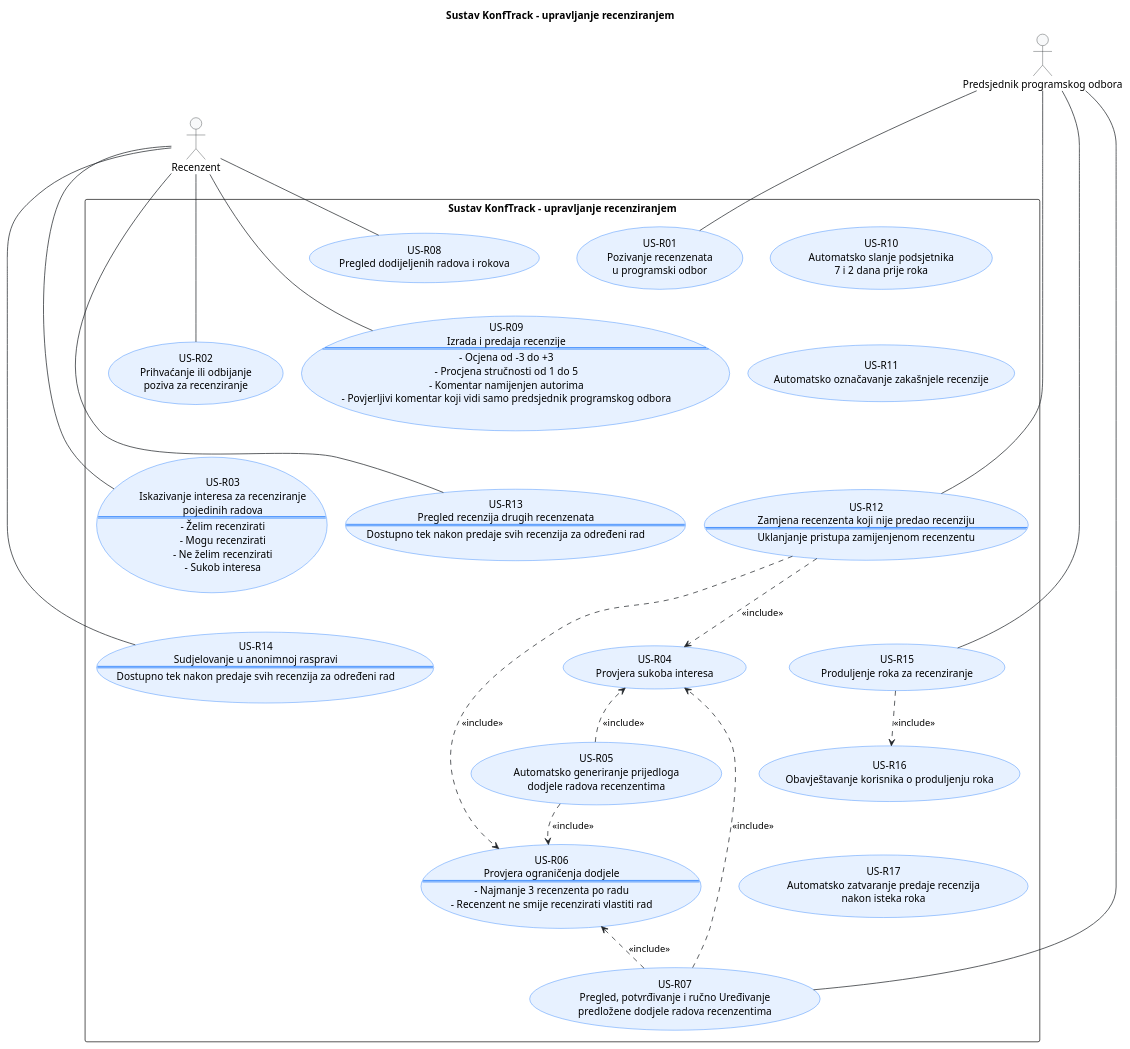
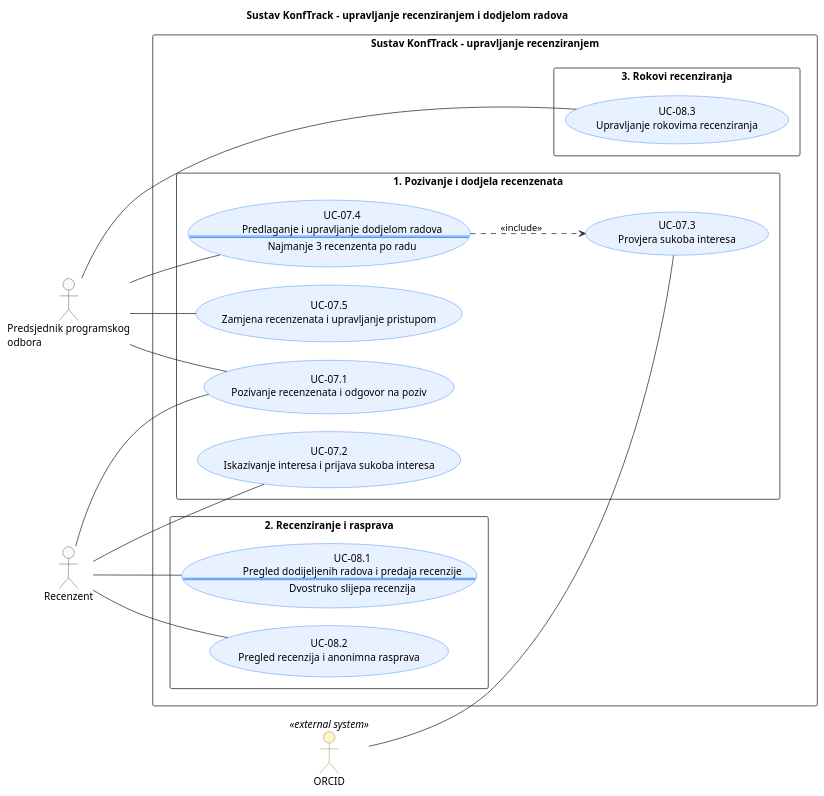
The diagram in docs/puml/3-2-konftrack-recenziranje-UC.puml (antoniopasa/KonfTrack_novi), drawn with PlantUML before and after one commit. The commit also changed other lines of this file, not shown here.

Commit message:
Revise use case diagram for review management

```diff
--- a/docs/puml/3-2-konftrack-recenziranje-UC.puml
+++ b/docs/puml/3-2-konftrack-recenziranje-UC.puml
@@ -16,131 +18,111 @@
 @startuml
-title Sustav KonfTrack – upravljanje recenziranjem
-
-top to bottom direction
+title Sustav KonfTrack – upravljanje recenziranjem i dodjelom radova
+left to right direction
 
 skinparam shadowing false
 skinparam defaultFontName Arial
 skinparam ArrowColor #212529
 skinparam nodesep 25
-skinparam ranksep 35
+skinparam ranksep 30
+skinparam packageStyle rectangle
 
 skinparam actor {
     BackgroundColor #F8F9FA
     BorderColor #212529
+    BackgroundColor<<external system>> #FFF3CD
+    BorderColor<<external system>> #856404
 }
 
 skinparam usecase {
     BackgroundColor #E7F1FF
     BorderColor #0D6EFD
 }
 
 ' ==============================================================================
 ' Primarni akteri
 ' ==============================================================================
 
-actor Chair as "Predsjednik programskog odbora"
+actor Chair as "Predsjednik programskog\nodbora"
 actor Reviewer as "Recenzent"
 
-' Pomoćna veza za okomiti raspored aktera
-Chair -[hidden]down-> Reviewer
+' ==============================================================================
+' Sekundarni akteri (vanjski sustavi)
+' ==============================================================================
+
+actor ORCID as "ORCID" <<external system>>
 
 ' ==============================================================================
 ' Granica sustava
 ' ==============================================================================
 
 rectangle "Sustav KonfTrack – upravljanje recenziranjem" {
 
-    ' Pozivanje recenzenata i iskazivanje interesa
+    package "1. Pozivanje i dodjela recenzenata" {
+        (UC-07.1\nPozivanje recenzenata i odgovor na poziv) as UC_071
 
-    (US-R01\nPozivanje recenzenata\nu programski odbor) as US_R01
+        (UC-07.2\nIskazivanje interesa i prijava sukoba interesa) as UC_072
 
-    (US-R02\nPrihvaćanje ili odbijanje\npoziva za recenziranje) as US_R02
+        (UC-07.3\nProvjera sukoba interesa) as UC_073
 
-    (US-R03\nIskazivanje interesa za recenziranje\npojedinih radova\n==\n- Želim recenzirati\n- Mogu recenzirati\n- Ne želim recenzirati\n- Sukob interesa) as US_R03
+        (UC-07.4\nPredlaganje i upravljanje dodjelom radova\n==\nNajmanje 3 recenzenta po radu) as UC_074
 
-    ' Dodjela radova recenzentima
+        (UC-07.5\nZamjena recenzenata i upravljanje pristupom) as UC_075
+    }
 
-    (US-R04\nProvjera sukoba interesa) as US_R04
+    package "2. Recenziranje i rasprava" {
+        (UC-08.1\nPregled dodijeljenih radova i predaja recenzije\n==\nDvostruko slijepa recenzija) as UC_081
 
-    (US-R05\nAutomatsko generiranje prijedloga\ndodjele radova recenzentima) as US_R05
+        (UC-08.2\nPregled recenzija i anonimna rasprava) as UC_082
+    }
 
-    (US-R06\nProvjera ograničenja dodjele\n==\n- Najmanje 3 recenzenta po radu\n- Recenzent ne smije recenzirati vlastiti rad) as US_R06
+    package "3. Rokovi recenziranja" {
+        (UC-08.3\nUpravljanje rokovima recenziranja) as UC_083
+    }
 
-    (US-R07\nPregled, potvrđivanje i ručno Uređivanje\npredložene dodjele radova recenzentima) as US_R07
-
-    ' Recenziranje radova
-
-    (US-R08\nPregled dodijeljenih radova i rokova) as US_R08
-
-    (US-R09\nIzrada i predaja recenzije\n==\n- Ocjena od -3 do +3\n- Procjena stručnosti od 1 do 5\n- Komentar namijenjen autorima\n- Povjerljivi komentar koji vidi samo predsjednik programskog odbora) as US_R09
-
-    (US-R13\nPregled recenzija drugih recenzenata\n==\nDostupno tek nakon predaje svih recenzija za određeni rad) as US_R13
-
-    (US-R14\nSudjelovanje u anonimnoj raspravi\n==\nDostupno tek nakon predaje svih recenzija za određeni rad) as US_R14
-
-    ' Upravljanje rokovima i zamjenama
-
-    (US-R10\nAutomatsko slanje podsjetnika\n7 i 2 dana prije roka) as US_R10
-
-    (US-R11\nAutomatsko označavanje zakašnjele recenzije) as US_R11
-
-    (US-R12\nZamjena recenzenta koji nije predao recenziju\n==\nUklanjanje pristupa zamijenjenom recenzentu) as US_R12
-
-    (US-R15\nProduljenje roka za recenziranje) as US_R15
-
-    (US-R16\nObavještavanje korisnika o produljenju roka) as US_R16
-
-    (US-R17\nAutomatsko zatvaranje predaje recenzija\nnakon isteka roka) as US_R17
-
-    ' Pomoćni raspored slučajeva uporabe
-
-    US_R01 -[hidden]down-> US_R02
-    US_R02 -[hidden]down-> US_R03
-
-    US_R04 -[hidden]down-> US_R05
-    US_R05 -[hidden]down-> US_R06
-    US_R06 -[hidden]down-> US_R07
-
-    US_R08 -[hidden]down-> US_R09
-    US_R09 -[hidden]down-> US_R13
-    US_R13 -[hidden]down-> US_R14
-
-    US_R10 -[hidden]down-> US_R11
-    US_R11 -[hidden]down-> US_R12
-    US_R12 -[hidden]down-> US_R15
-    US_R15 -[hidden]down-> US_R16
-    US_R16 -[hidden]down-> US_R17
+    ' Raspored slučajeva uporabe u dva stupca
+    UC_071 -[hidden]right- UC_081
+    UC_072 -[hidden]right- UC_082
+    UC_073 -[hidden]right- UC_083
 }
 
 ' ==============================================================================
 ' Asocijacije aktera i slučajeva uporabe
 ' ==============================================================================
 
-Chair -- US_R01
-Chair -- US_R07
-Chair -- US_R12
-Chair -- US_R15
+' Predsjednik programskog odbora upravlja pozivima, dodjelom i rokovima.
+Chair -- UC_071
+Chair -- UC_074
+Chair -- UC_075
+Chair -- UC_083
 
-Reviewer -- US_R02
-Reviewer -- US_R03
-Reviewer -- US_R08
-Reviewer -- US_R09
-Reviewer -- US_R13
-Reviewer -- US_R14
+' Recenzent sudjeluje u pozivima, iskazuje interes i recenzira radove.
+Reviewer -- UC_071
+Reviewer -- UC_072
+Reviewer -- UC_081
+Reviewer -- UC_082
+
+' ORCID omogućuje automatsku provjeru sukoba interesa.
+ORCID -- UC_073
 
 ' ==============================================================================
 ' Veze između slučajeva uporabe
 ' ==============================================================================
 
-US_R05 ..> US_R04 : <<include>>
-US_R05 ..> US_R06 : <<include>>
+' Provjera sukoba interesa obvezan je dio predlaganja dodjele radova.
+UC_074 ..> UC_073 : <<include>>
 
-US_R07 ..> US_R04 : <<include>>
-US_R07 ..> US_R06 : <<include>>
+' ==============================================================================
+' Raspored aktera
+' ==============================================================================
 
-US_R12 ..> US_R04 : <<include>>
-US_R12 ..> US_R06 : <<include>>
+' Predsjednik se smješta lijevo od sustava.
+Chair -[hidden]left- UC_071
 
-US_R15 ..> US_R16 : <<include>>
+' Recenzent se smješta desno od sustava.
+UC_081 -[hidden]right- Reviewer
+
+' ORCID se smješta skroz desno od recenzenta.
+Reviewer -[hidden]- ORCID
+
 
 @enduml
```
